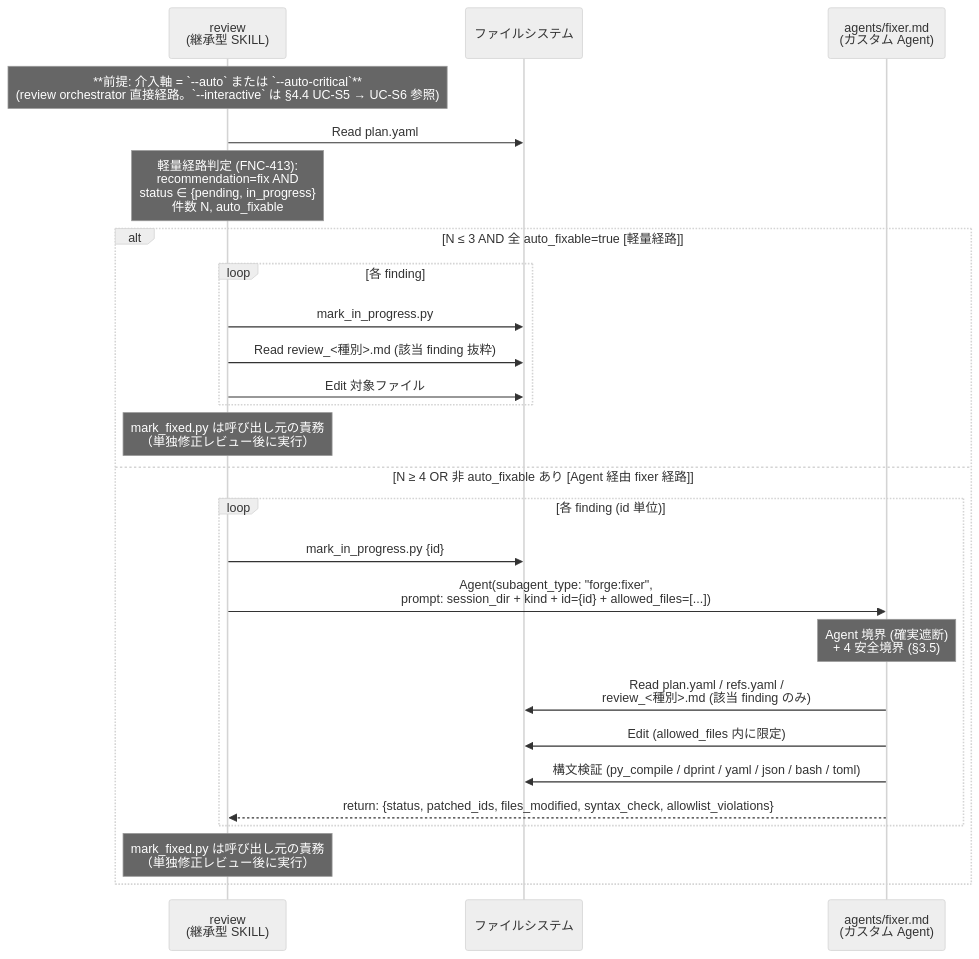
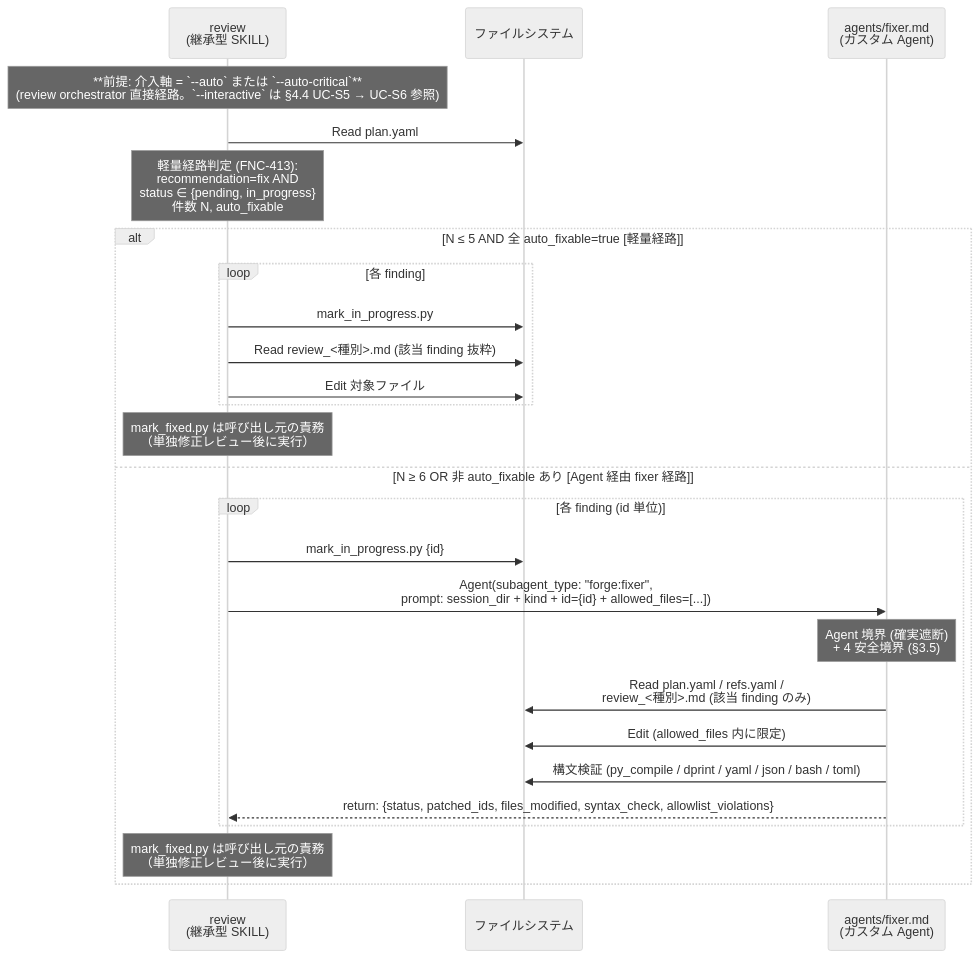
The fourth of 4 diagrams in docs/specs/forge/design/DES-029_skill_agent_launch_contract_design.md (BlueEventHorizon/bw-cc-plugins), drawn with Mermaid (neutral theme) before and after one commit. The commit also changed other lines of this file and 14 other files, not shown here.

````diff
--- a/docs/specs/forge/design/DES-029_skill_agent_launch_contract_design.md
+++ b/docs/specs/forge/design/DES-029_skill_agent_launch_contract_design.md
@@ -303,30 +317,30 @@
 ```mermaid
 sequenceDiagram
     participant Review as review<br/>(継承型 SKILL)
     participant FS as ファイルシステム
     participant Fixer as agents/fixer.md<br/>(カスタム Agent)
 
     Note over Review: **前提: 介入軸 = `--auto` または `--auto-critical`**<br/>(review orchestrator 直接経路。`--interactive` は §4.4 UC-S5 → UC-S6 参照)
     Review->>FS: Read plan.yaml
     Note over Review: 軽量経路判定 (FNC-413):<br/>recommendation=fix AND<br/>status ∈ {pending, in_progress}<br/>件数 N, auto_fixable
 
-    alt N ≤ 3 AND 全 auto_fixable=true [軽量経路]
+    alt N ≤ 5 AND 全 auto_fixable=true [軽量経路]
         loop 各 finding
             Review->>FS: mark_in_progress.py
             Review->>FS: Read review_<種別>.md (該当 finding 抜粋)
             Review->>FS: Edit 対象ファイル
         end
         Note over Review: mark_fixed.py は呼び出し元の責務<br/>（単独修正レビュー後に実行）
-    else N ≥ 4 OR 非 auto_fixable あり [Agent 経由 fixer 経路]
+    else N ≥ 6 OR 非 auto_fixable あり [Agent 経由 fixer 経路]
         loop 各 finding (id 単位)
             Review->>FS: mark_in_progress.py {id}
             Review->>Fixer: Agent(subagent_type: "forge:fixer",<br/>prompt: session_dir + kind + id={id} + allowed_files=[...])
             Note over Fixer: Agent 境界 (確実遮断)<br/>+ 4 安全境界 (§3.5)
             Fixer->>FS: Read plan.yaml / refs.yaml /<br/>review_<種別>.md (該当 finding のみ)
             Fixer->>FS: Edit (allowed_files 内に限定)
             Fixer->>FS: 構文検証 (py_compile / dprint / yaml / json / bash / toml)
             Fixer-->>Review: return: {status, patched_ids, files_modified, syntax_check, allowlist_violations}
         end
         Note over Review: mark_fixed.py は呼び出し元の責務<br/>（単独修正レビュー後に実行）
     end
 ```
````
